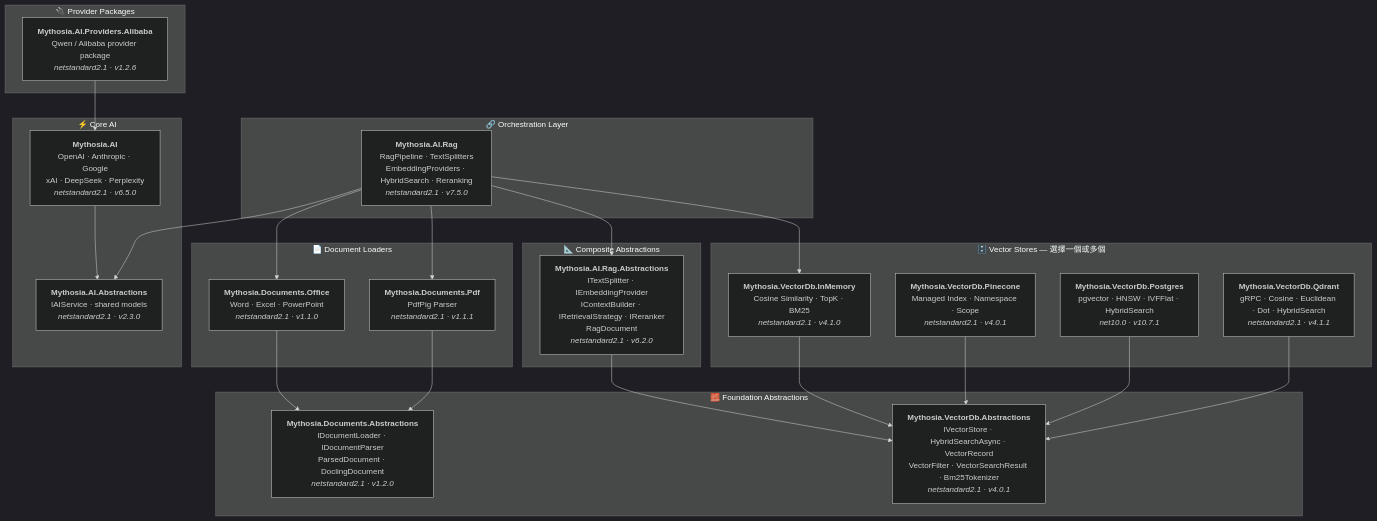
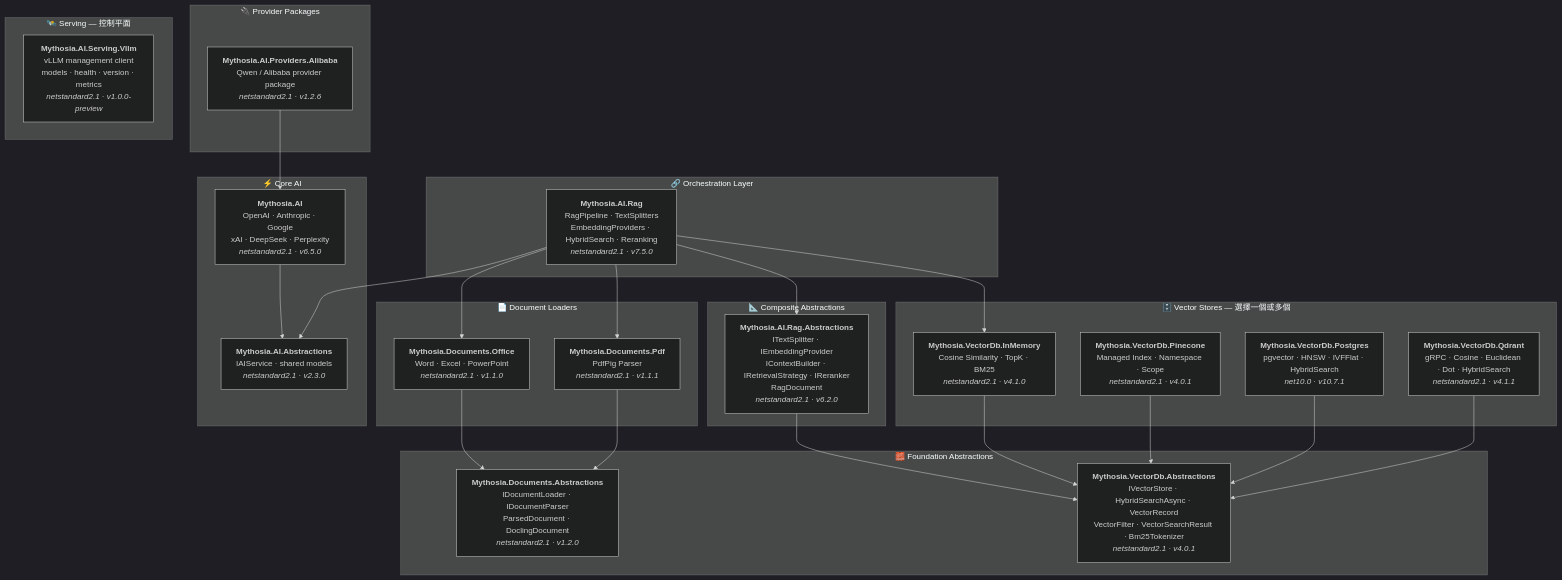
The diagram in docs/zh-Hant/README.md (AJ-comp/Mythosia.AI), drawn with Mermaid (dark theme) before and after one commit. The commit also changed other lines of this file and 28 other files, not shown here.

````diff
--- a/docs/zh-Hant/README.md
+++ b/docs/zh-Hant/README.md
@@ -48,62 +48,66 @@
 ```mermaid
 graph TD
     subgraph "🔗 Orchestration Layer"
         Rag["<b>Mythosia.AI.Rag</b><br/>RagPipeline · TextSplitters<br/>EmbeddingProviders · HybridSearch · Reranking<br/><i>netstandard2.1 · v7.5.0</i>"]
     end
 
     subgraph "⚡ Core AI"
         AI["<b>Mythosia.AI</b><br/>OpenAI · Anthropic · Google<br/>xAI · DeepSeek · Perplexity<br/><i>netstandard2.1 · v6.5.0</i>"]
         AIAbs["<b>Mythosia.AI.Abstractions</b><br/>IAIService · shared models<br/><i>netstandard2.1 · v2.3.0</i>"]
     end
 
     subgraph "🔌 Provider Packages"
         Alibaba["<b>Mythosia.AI.Providers.Alibaba</b><br/>Qwen / Alibaba provider package<br/><i>netstandard2.1 · v1.2.6</i>"]
+    end
+
+    subgraph "🛰️ Serving — 控制平面"
+        VllmServing["<b>Mythosia.AI.Serving.Vllm</b><br/>vLLM management client<br/>models · health · version · metrics<br/><i>netstandard2.1 · v1.0.0-preview</i>"]
     end
 
     subgraph "📄 Document Loaders"
         Office["<b>Mythosia.Documents.Office</b><br/>Word · Excel · PowerPoint<br/><i>netstandard2.1 · v1.1.0</i>"]
         Pdf["<b>Mythosia.Documents.Pdf</b><br/>PdfPig Parser<br/><i>netstandard2.1 · v1.1.1</i>"]
     end
 
     subgraph "📐 Composite Abstractions"
         RagAbs["<b>Mythosia.AI.Rag.Abstractions</b><br/>ITextSplitter · IEmbeddingProvider<br/>IContextBuilder · IRetrievalStrategy · IReranker<br/>RagDocument<br/><i>netstandard2.1 · v6.2.0</i>"]
     end
 
     subgraph "🗄️ Vector Stores — 選擇一個或多個"
         InMem["<b>Mythosia.VectorDb.InMemory</b><br/>Cosine Similarity · TopK · BM25<br/><i>netstandard2.1 · v4.1.0</i>"]
         Pine["<b>Mythosia.VectorDb.Pinecone</b><br/>Managed Index · Namespace · Scope<br/><i>netstandard2.1 · v4.0.1</i>"]
         Pg["<b>Mythosia.VectorDb.Postgres</b><br/>pgvector · HNSW · IVFFlat · HybridSearch<br/><i>net10.0 · v10.7.1</i>"]
         Qd["<b>Mythosia.VectorDb.Qdrant</b><br/>gRPC · Cosine · Euclidean · Dot · HybridSearch<br/><i>netstandard2.1 · v4.1.1</i>"]
     end
 
     subgraph "🧱 Foundation Abstractions"
         LoaderAbs["<b>Mythosia.Documents.Abstractions</b><br/>IDocumentLoader · IDocumentParser<br/>ParsedDocument · DoclingDocument<br/><i>netstandard2.1 · v1.2.0</i>"]
         VdbAbs["<b>Mythosia.VectorDb.Abstractions</b><br/>IVectorStore · HybridSearchAsync · VectorRecord<br/>VectorFilter · VectorSearchResult · Bm25Tokenizer<br/><i>netstandard2.1 · v4.0.1</i>"]
     end
 
     %% Core AI internal
     AI --> AIAbs
 
     %% Orchestration → dependencies
     Rag --> AIAbs
     Rag --> Office
     Rag --> Pdf
     Rag --> RagAbs
     Rag --> InMem
 
     %% Provider packages → core
     Alibaba --> AI
 
     %% Composite → Foundation
     RagAbs --> VdbAbs
 
     %% Loaders → Foundation
     Office --> LoaderAbs
     Pdf --> LoaderAbs
 
     %% VectorStores → Foundation
     InMem --> VdbAbs
     Pine --> VdbAbs
     Pg --> VdbAbs
     Qd --> VdbAbs
 ```
````
